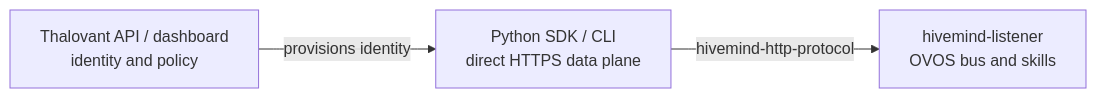
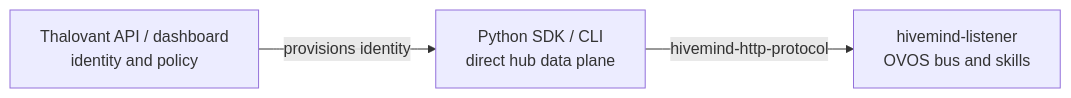
One commit to thalovant/thalovant-python-sdk changed the diagram in docs/index.md. Above: the diagram before and after it, drawn with Mermaid. The commit also changed other lines of this file and 10 other files, not shown here.

````diff
--- a/docs/index.md
+++ b/docs/index.md
@@ -36,9 +36,9 @@
 ```mermaid
 flowchart LR
     API[Thalovant API / dashboard<br/>identity and policy]
-    SDK[Python SDK / CLI<br/>direct HTTPS data plane]
+    SDK[Python SDK / CLI<br/>direct hub data plane]
     Hub[hivemind-listener<br/>OVOS bus and skills]
 
     API -->|provisions identity| SDK
     SDK -->|hivemind-http-protocol| Hub
 ```
````
